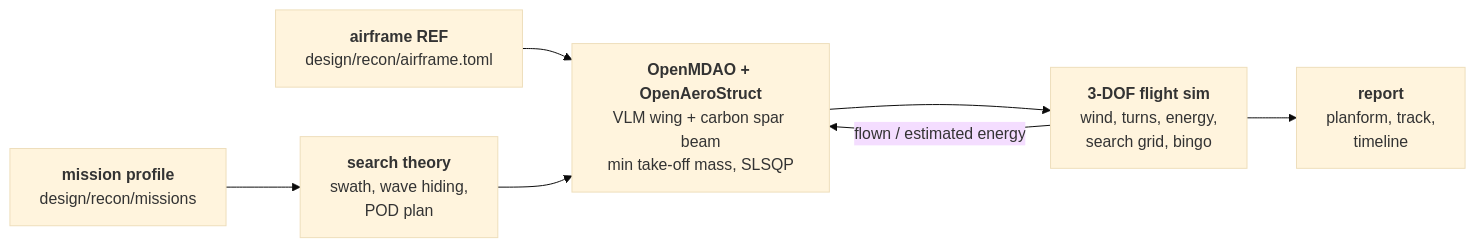
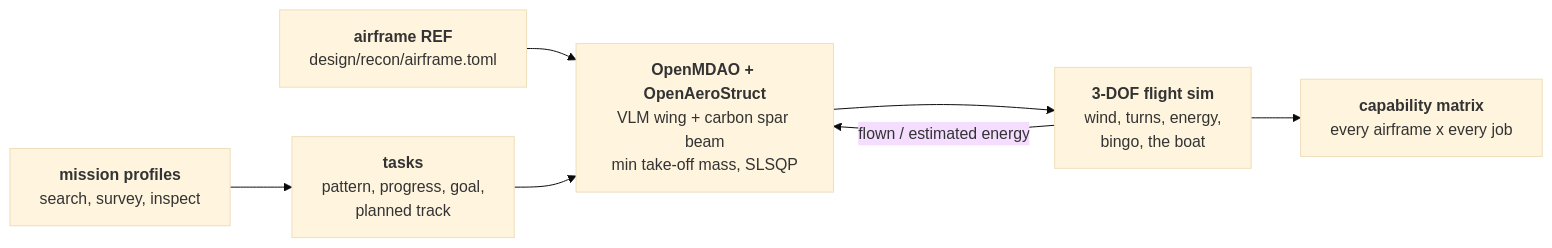
Before and after one commit to zacharyelston/Osprey: the diagram in docs/recon.md, drawn with Mermaid (base theme). The commit also changed other lines of this file and 66 other files, not shown here.

First line of the commit message:
Recon as the boat's scout: README, docs and figures

````diff
--- a/docs/recon.md
+++ b/docs/recon.md
@@ -19,9 +32,9 @@
 ```mermaid
 flowchart LR
-  M["<b>mission profile</b><br/>design/recon/missions"] --> S["<b>search theory</b><br/>swath, wave hiding,<br/>POD plan"]
+  M["<b>mission profiles</b><br/>search, survey, inspect"] --> T["<b>tasks</b><br/>pattern, progress, goal,<br/>planned track"]
   A["<b>airframe REF</b><br/>design/recon/airframe.toml"] --> O
-  S --> O["<b>OpenMDAO + OpenAeroStruct</b><br/>VLM wing + carbon spar beam<br/>min take-off mass, SLSQP"]
-  O --> F["<b>3-DOF flight sim</b><br/>wind, turns, energy,<br/>search grid, bingo"]
+  T --> O["<b>OpenMDAO + OpenAeroStruct</b><br/>VLM wing + carbon spar beam<br/>min take-off mass, SLSQP"]
+  O --> F["<b>3-DOF flight sim</b><br/>wind, turns, energy,<br/>bingo, the boat"]
   F -- "flown / estimated energy" --> O
-  F --> R["<b>report</b><br/>planform, track,<br/>timeline"]
+  F --> X["<b>capability matrix</b><br/>every airframe x every job"]
 ```
````
